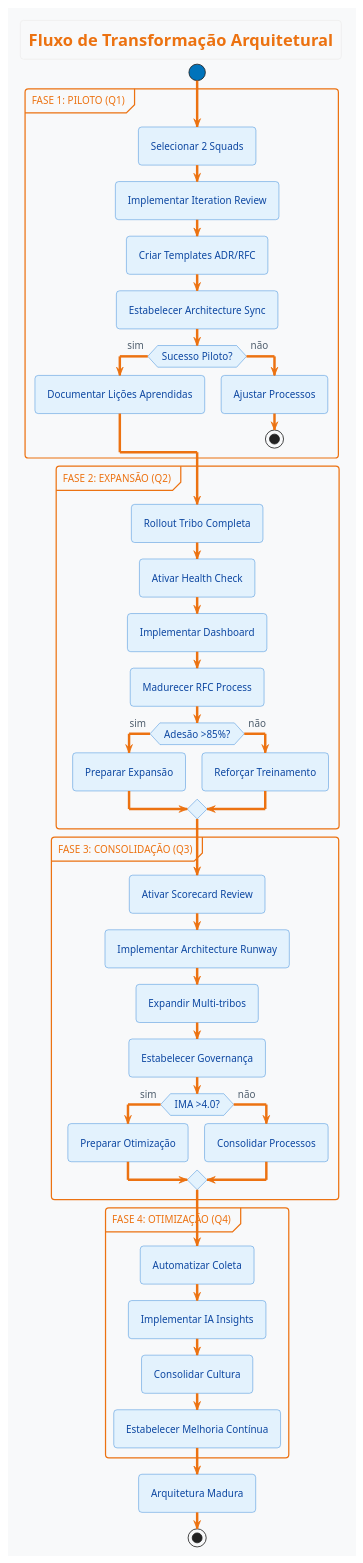
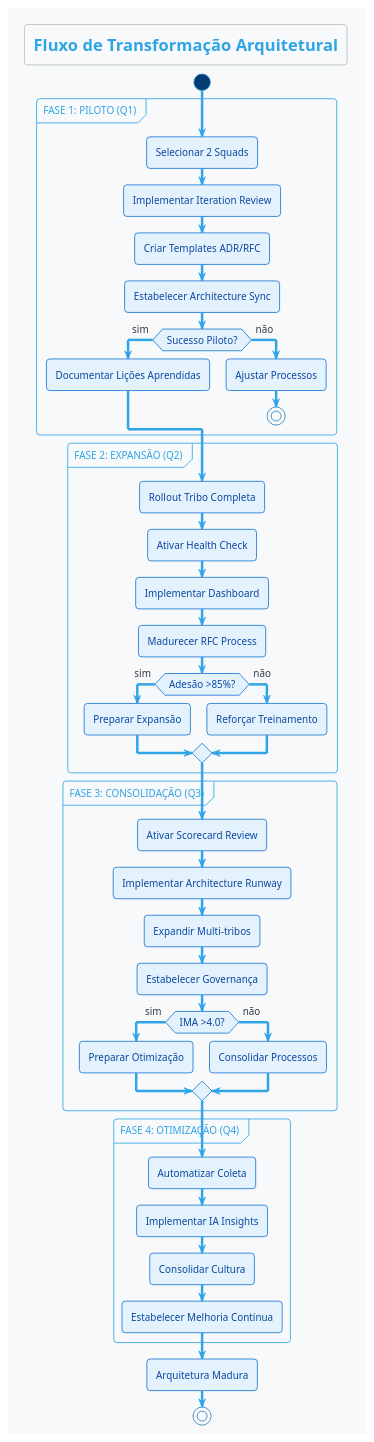
Before and after one commit to pauloRobertoAraujoArch/CSharp: the diagram in fluxo-transformacao.puml, drawn with PlantUML. The commit also changed 4 other files, not shown here.

Commit message:
Diagramas cores correspondentes

```diff
--- a/fluxo-transformacao.puml
+++ b/fluxo-transformacao.puml
@@ -1,63 +1,63 @@
 @startuml transformacao
-!theme aws-orange
+!theme cerulean
 title Fluxo de Transformação Arquitetural
 skinparam backgroundColor #f8f9fa
 skinparam activity {
   BackgroundColor #e3f2fd
   BorderColor #1976d2
   FontColor #0d47a1
 }
 
 start
 
 partition "FASE 1: PILOTO (Q1)" {
   :Selecionar 2 Squads;
   :Implementar Iteration Review;
   :Criar Templates ADR/RFC;
   :Estabelecer Architecture Sync;
   
   if (Sucesso Piloto?) then (sim)
     :Documentar Lições Aprendidas;
   else (não)
     :Ajustar Processos;
     stop
   endif
 }
 
 partition "FASE 2: EXPANSÃO (Q2)" {
   :Rollout Tribo Completa;
   :Ativar Health Check;
   :Implementar Dashboard;
   :Madurecer RFC Process;
   
   if (Adesão >85%?) then (sim)
     :Preparar Expansão;
   else (não)
     :Reforçar Treinamento;
   endif
 }
 
 partition "FASE 3: CONSOLIDAÇÃO (Q3)" {
   :Ativar Scorecard Review;
   :Implementar Architecture Runway;
   :Expandir Multi-tribos;
   :Estabelecer Governança;
   
   if (IMA >4.0?) then (sim)
     :Preparar Otimização;
   else (não)
     :Consolidar Processos;
   endif
 }
 
 partition "FASE 4: OTIMIZAÇÃO (Q4)" {
   :Automatizar Coleta;
   :Implementar IA Insights;
   :Consolidar Cultura;
   :Estabelecer Melhoria Contínua;
 }
 
 :Arquitetura Madura;
 stop
 
 @enduml
```
